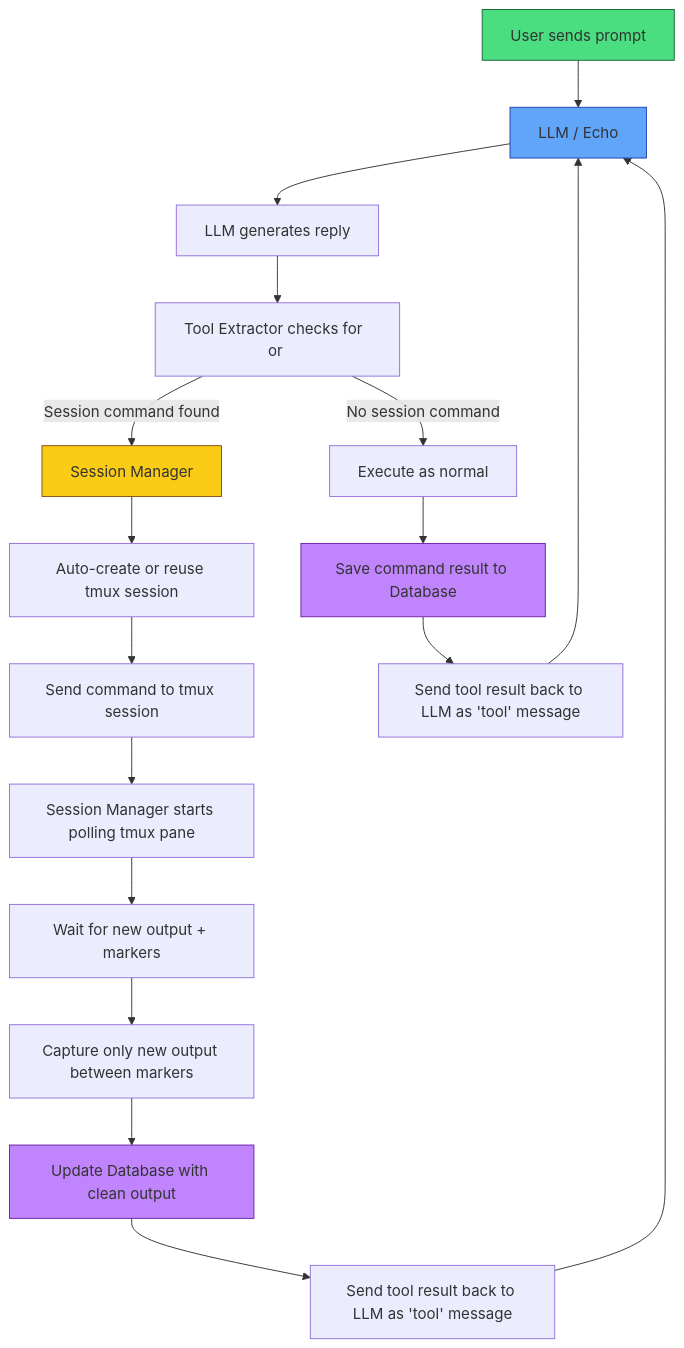
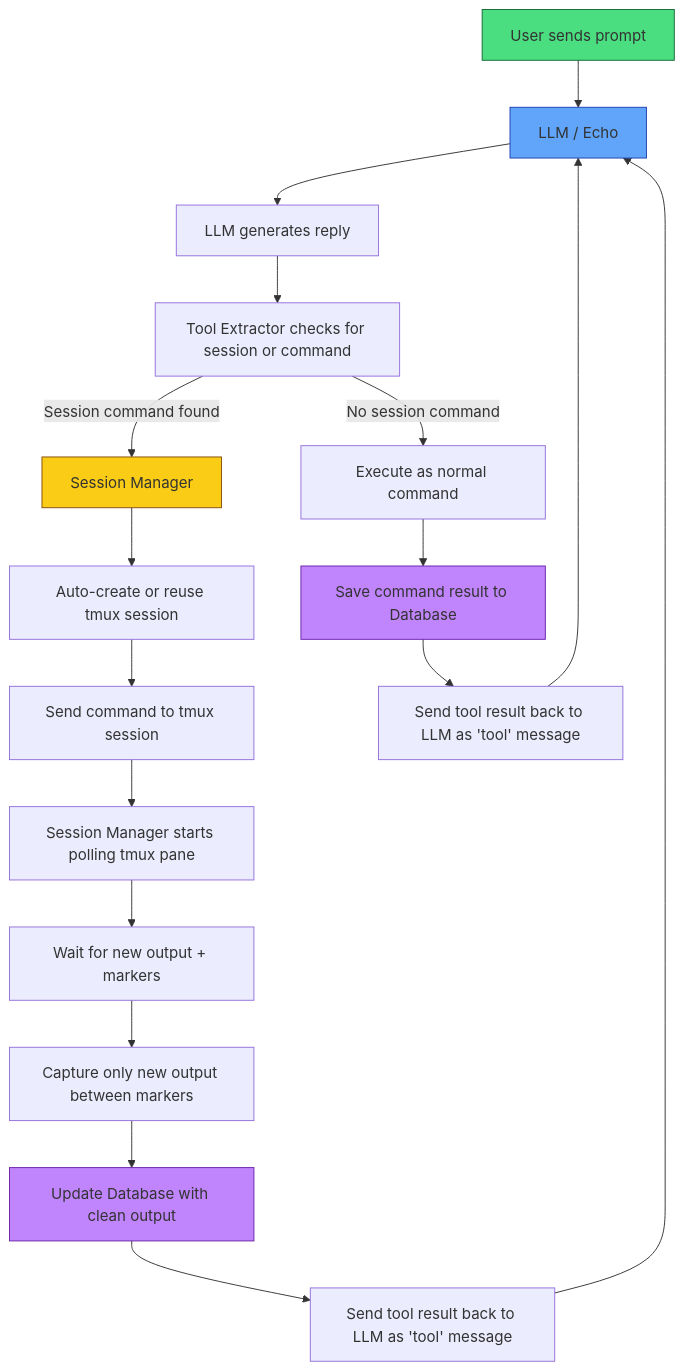
One commit to charlesericwilson-portfolio/Echo_Adapt_v5 changed the diagram in README.md. Above: the diagram before and after it, drawn with Mermaid.

Commit message:
Fix formatting in README.md flowchart

````diff
--- a/README.md
+++ b/README.md
@@ -1,28 +1,28 @@
 ```mermaid
 flowchart TD
     A[User sends prompt] --> B[LLM / Echo]
     B --> C[LLM generates reply]
-    C --> D[Tool Extractor checks for <session> or <command>]
+    C --> D[Tool Extractor checks for session or command]
    
     D -->|Session command found| E[Session Manager]
     E --> F[Auto-create or reuse tmux session]
     F --> G[Send command to tmux session]
     G --> H[Session Manager starts polling tmux pane]
     H --> I[Wait for new output + markers]
     I --> J[Capture only new output between markers]
     J --> K[Update Database with clean output]
     K --> L[Send tool result back to LLM as 'tool' message]
    
-    D -->|No session command| M[Execute as normal <command>]
+    D -->|No session command| M[Execute as normal command]
     M --> O[Save command result to Database]
     O --> N[Send tool result back to LLM as 'tool' message]
    
     L --> B
     N --> B
    
     style A fill:#4ade80,stroke:#166534
     style B fill:#60a5fa,stroke:#1e40af
     style E fill:#facc15,stroke:#854d0e
     style K fill:#c084fc,stroke:#6b21a8
     style O fill:#c084fc,stroke:#6b21a8
 ```
````
